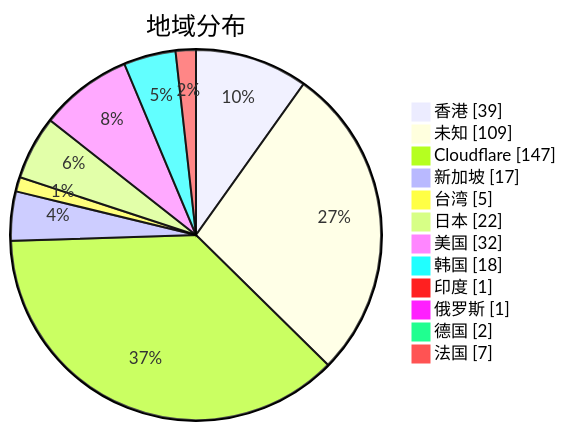
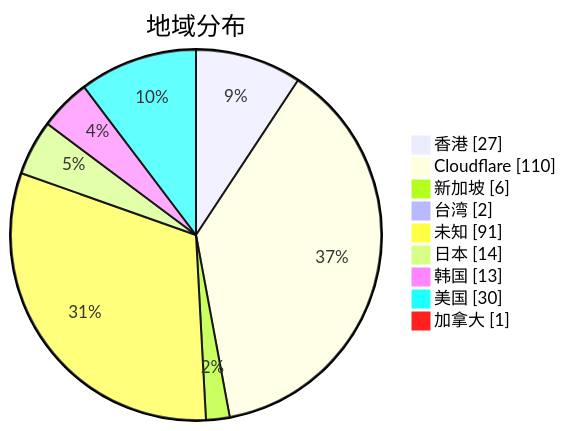
One commit to qjlxg/airport changed the second of 3 diagrams in subs/statistics/tested_within.md. Above: the diagram before and after it, drawn with Mermaid. The commit also changed other lines of this file and 2 other files, not shown here.

Commit message:
Tested by metaST

````diff
--- a/subs/statistics/tested_within.md
+++ b/subs/statistics/tested_within.md
@@ -13,16 +12,13 @@
 ```mermaid
 pie showData
 title 地域分布
-"香港" : 39
-"未知" : 109
-"Cloudflare" : 147
-"新加坡" : 17
-"台湾" : 5
-"日本" : 22
-"美国" : 32
-"韩国" : 18
-"印度" : 1
-"俄罗斯" : 1
-"德国" : 2
-"法国" : 7
+"香港" : 27
+"Cloudflare" : 110
+"新加坡" : 6
+"台湾" : 2
+"未知" : 91
+"日本" : 14
+"韩国" : 13
+"美国" : 30
+"加拿大" : 1
 ```
````
